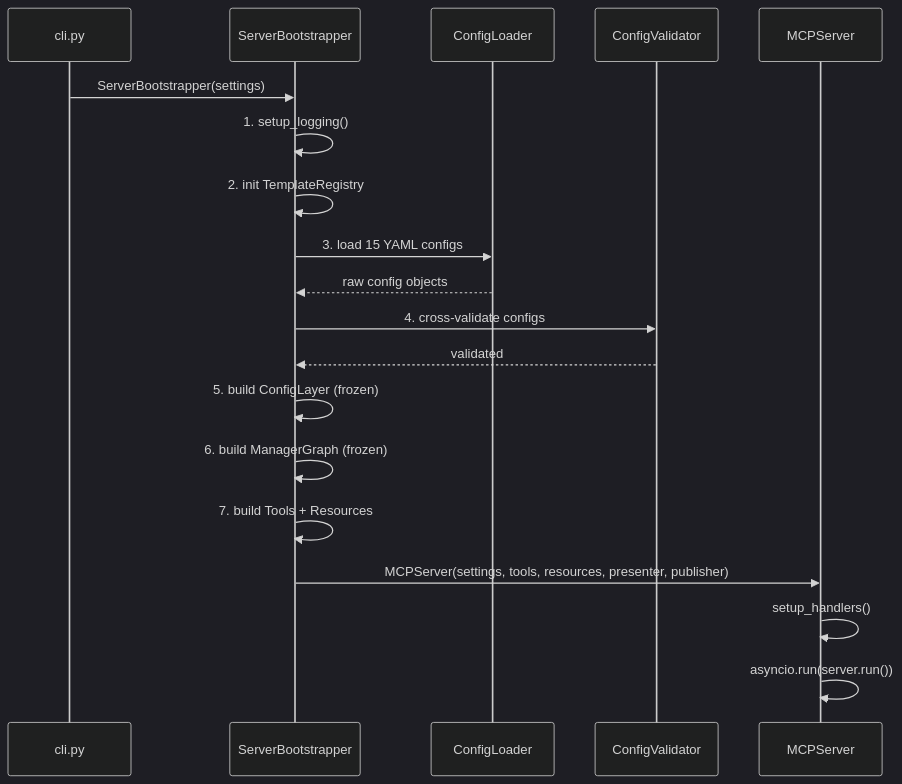
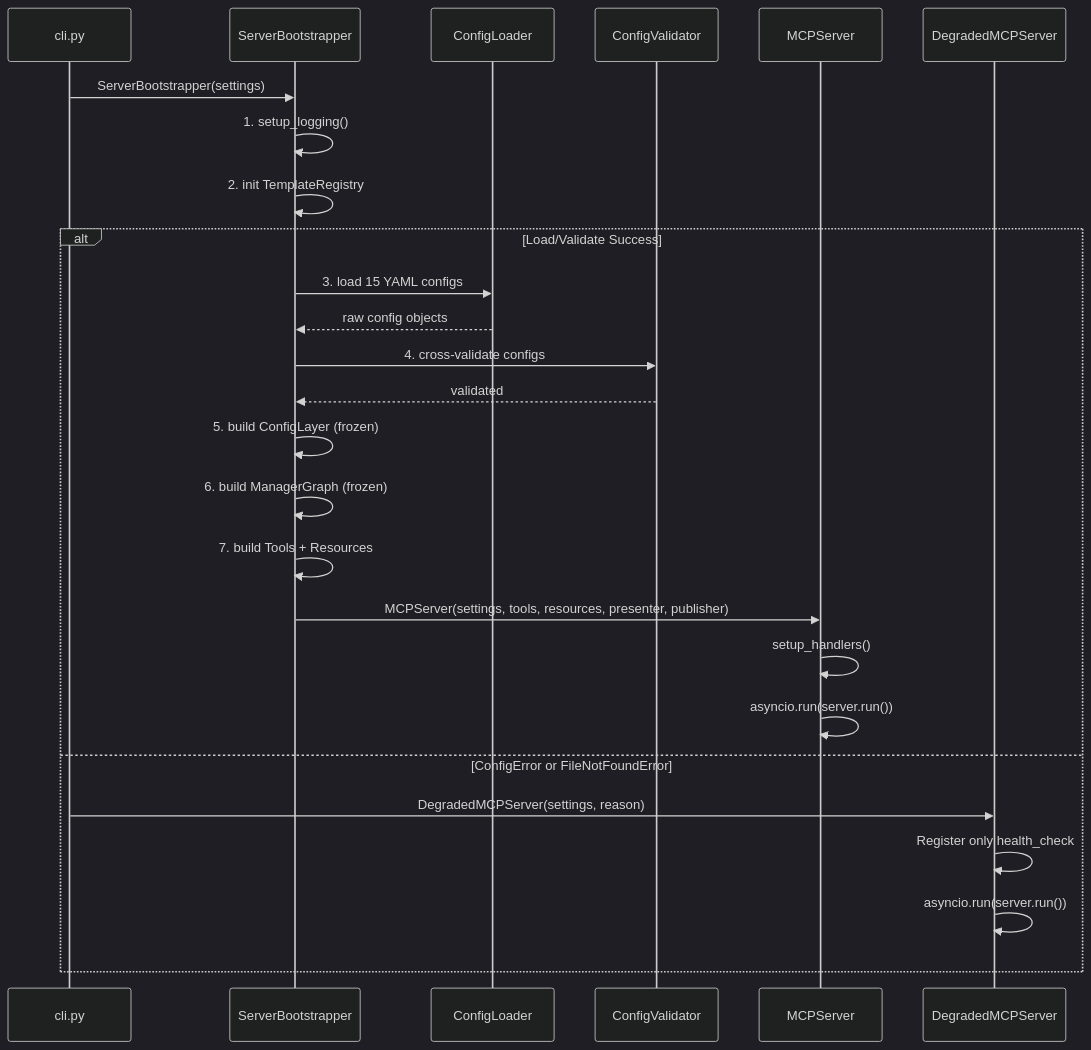
The third of 5 diagrams in docs/manuals/architecture.md (MikeyVK/phase-gate-mcp), drawn with Mermaid (dark theme) before and after one commit. The commit also changed other lines of this file and 6 other files, not shown here.

````diff
--- a/docs/manuals/architecture.md
+++ b/docs/manuals/architecture.md
@@ -374,22 +374,29 @@
 ```mermaid
 sequenceDiagram
     participant CLI as cli.py
     participant BS as ServerBootstrapper
     participant CL as ConfigLoader
     participant CV as ConfigValidator
     participant Server as MCPServer
+    participant DegradedServer as DegradedMCPServer
 
     CLI->>BS: ServerBootstrapper(settings)
     BS->>BS: 1. setup_logging()
     BS->>BS: 2. init TemplateRegistry
-    BS->>CL: 3. load 15 YAML configs
-    CL-->>BS: raw config objects
-    BS->>CV: 4. cross-validate configs
-    CV-->>BS: validated
-    BS->>BS: 5. build ConfigLayer (frozen)
-    BS->>BS: 6. build ManagerGraph (frozen)
-    BS->>BS: 7. build Tools + Resources
-    BS->>Server: MCPServer(settings, tools, resources, presenter, publisher)
-    Server->>Server: setup_handlers()
-    Server->>Server: asyncio.run(server.run())
+    alt Load/Validate Success
+        BS->>CL: 3. load 15 YAML configs
+        CL-->>BS: raw config objects
+        BS->>CV: 4. cross-validate configs
+        CV-->>BS: validated
+        BS->>BS: 5. build ConfigLayer (frozen)
+        BS->>BS: 6. build ManagerGraph (frozen)
+        BS->>BS: 7. build Tools + Resources
+        BS->>Server: MCPServer(settings, tools, resources, presenter, publisher)
+        Server->>Server: setup_handlers()
+        Server->>Server: asyncio.run(server.run())
+    else ConfigError or FileNotFoundError
+        CLI->>DegradedServer: DegradedMCPServer(settings, reason)
+        DegradedServer->>DegradedServer: Register only health_check
+        DegradedServer->>DegradedServer: asyncio.run(server.run())
+    end
 ```
````
